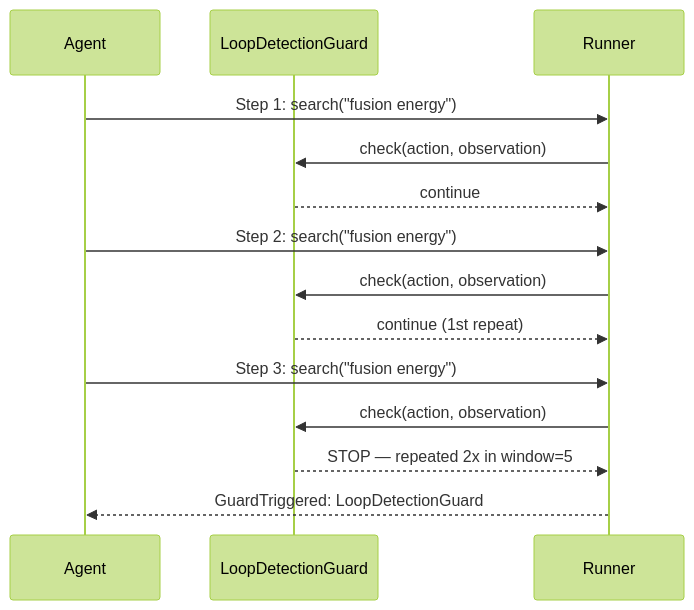
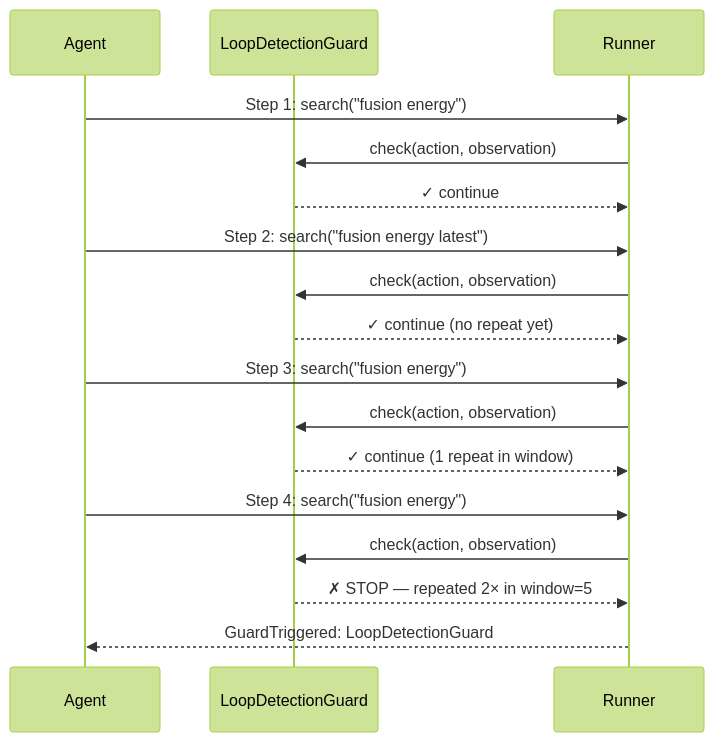
One commit to darshjme/react-guard-patterns changed the second of 2 diagrams in README.md. Above: the diagram before and after it, drawn with Mermaid (forest theme). The commit also changed other lines of this file and 1 other file, not shown here.

````diff
--- a/README.md
+++ b/README.md
@@ -109,17 +178,24 @@
 ```mermaid
 sequenceDiagram
     participant A as Agent
     participant L as LoopDetectionGuard
     participant R as Runner
 
     A->>R: Step 1: search("fusion energy")
     R->>L: check(action, observation)
-    L-->>R: continue
-    A->>R: Step 2: search("fusion energy")
+    L-->>R: ✓ continue
+
+    A->>R: Step 2: search("fusion energy latest")
     R->>L: check(action, observation)
-    L-->>R: continue (1st repeat)
+    L-->>R: ✓ continue (no repeat yet)
+
     A->>R: Step 3: search("fusion energy")
     R->>L: check(action, observation)
-    L-->>R: STOP — repeated 2x in window=5
+    L-->>R: ✓ continue (1 repeat in window)
+
+    A->>R: Step 4: search("fusion energy")
+    R->>L: check(action, observation)
+    L-->>R: ✗ STOP — repeated 2× in window=5
+
     R-->>A: GuardTriggered: LoopDetectionGuard
 ```
````
